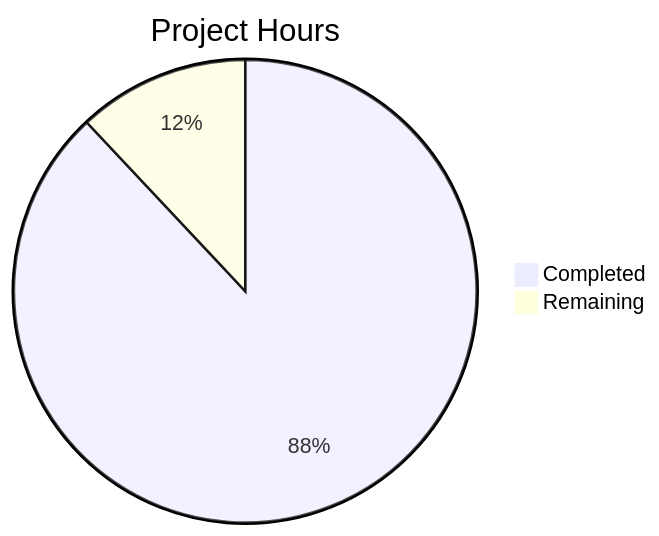
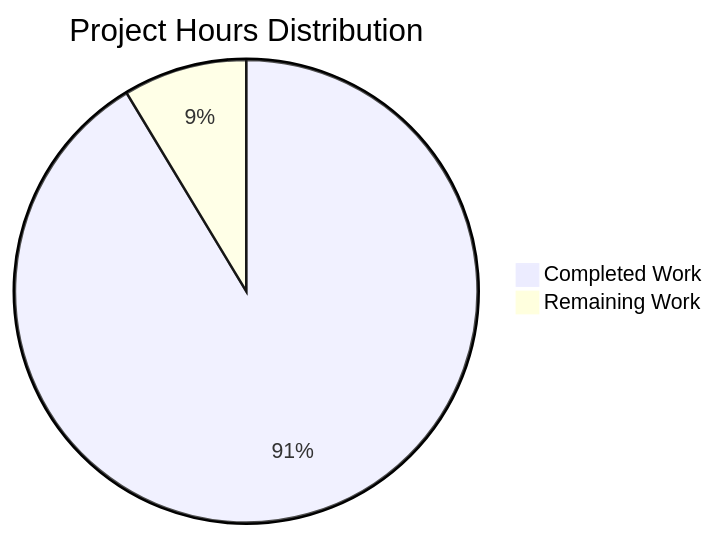
Before and after one commit to lakshya-blitzy/hello_world_lakshya_github: the diagram in blitzy/documentation/Project Guide.md, drawn with Mermaid. The commit also changed other lines of this file, not shown here.

Commit message:
Adding Blitzy Project Guide: Project Status and Human Tasks Remaining

````diff
--- a/blitzy/documentation/Project Guide.md
+++ b/blitzy/documentation/Project Guide.md
@@ -886,5 +65,5 @@
 ```mermaid
-pie title Project Hours
-    "Completed" : 22
-    "Remaining" : 3
+pie title Project Hours Distribution
+    "Completed Work" : 37
+    "Remaining Work" : 3.5
 ```
````
